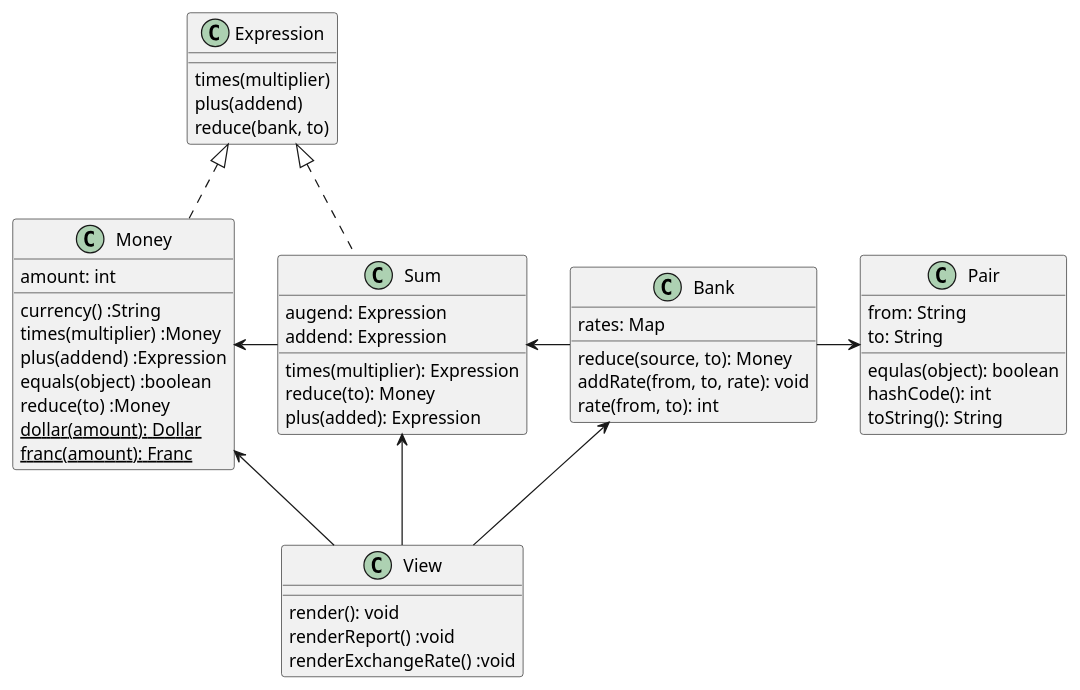
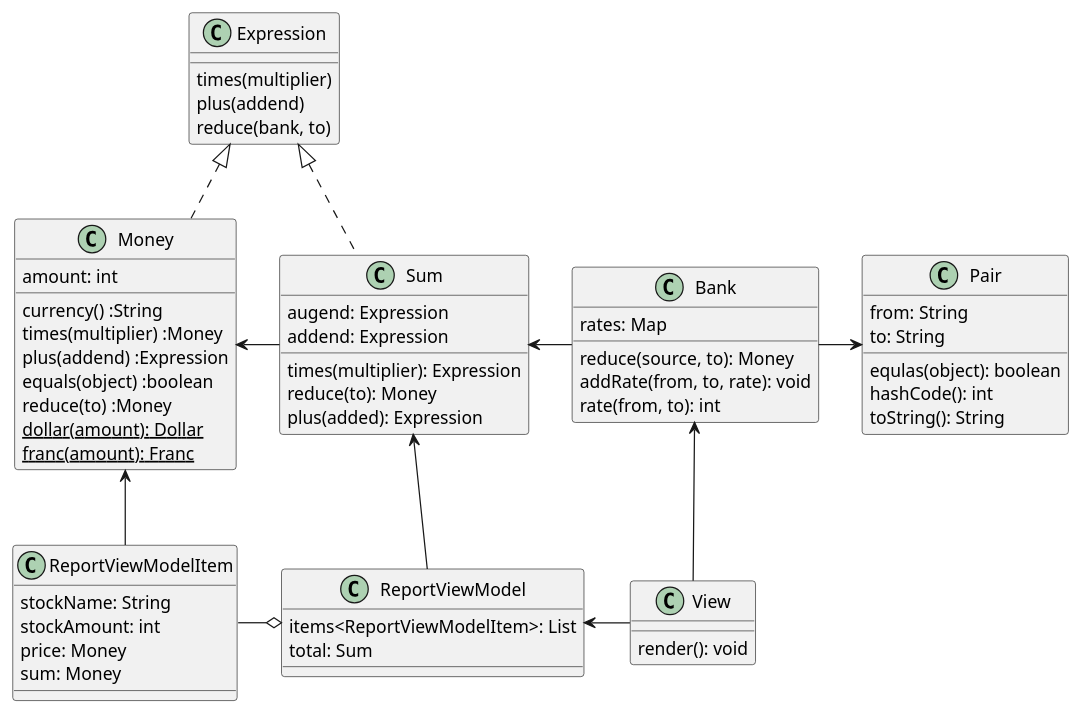
One commit to hiroshima-arc/pragmatic_programing changed the diagram in docs/src/spec/the_money_example.adoc. Above: the diagram before and after it, drawn with PlantUML. The commit also changed other lines of this file and 3 other files, not shown here.

```diff
--- a/docs/src/spec/the_money_example.adoc
+++ b/docs/src/spec/the_money_example.adoc
@@ -60,51 +60,61 @@
 [plantuml]
 ----
 class Expression {
   times(multiplier)
   plus(addend)
   reduce(bank, to)
 }
 class Sum {
   augend: Expression
   addend: Expression
   times(multiplier): Expression
   reduce(to): Money
   plus(added): Expression
 }
 class Bank {
   rates: Map
   reduce(source, to): Money
   addRate(from, to, rate): void
   rate(from, to): int
 }
 class Pair {
   from: String
   to: String
   equlas(object): boolean
   hashCode(): int
   toString(): String
 }
 class Money {
   amount: int
   currency() :String
   times(multiplier) :Money
   plus(addend) :Expression
   equals(object) :boolean
   reduce(to) :Money
   {static} dollar(amount): Dollar
   {static} franc(amount): Franc
 }
+class ReportViewModel {
+  items<ReportViewModelItem>: List
+  total: Sum
+}
+class ReportViewModelItem {
+  stockName: String
+  stockAmount: int
+  price: Money
+  sum: Money
+}
+ReportViewModelItem -o ReportViewModel
 class View {
   render(): void
-  renderReport() :void
-  renderExchangeRate() :void
 }
 Expression <|.. Money
 Expression <|.. Sum
 Money <- Sum
 Sum <- Bank
 Bank -> Pair
-Sum <-- View
-Money <-- View
+Sum <-- ReportViewModel
+Money <-- ReportViewModelItem
 Bank <-- View
+ReportViewModel <- View
 ----
```
